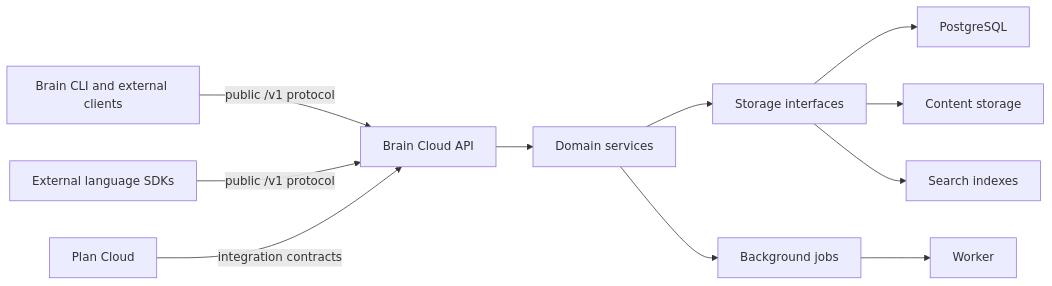
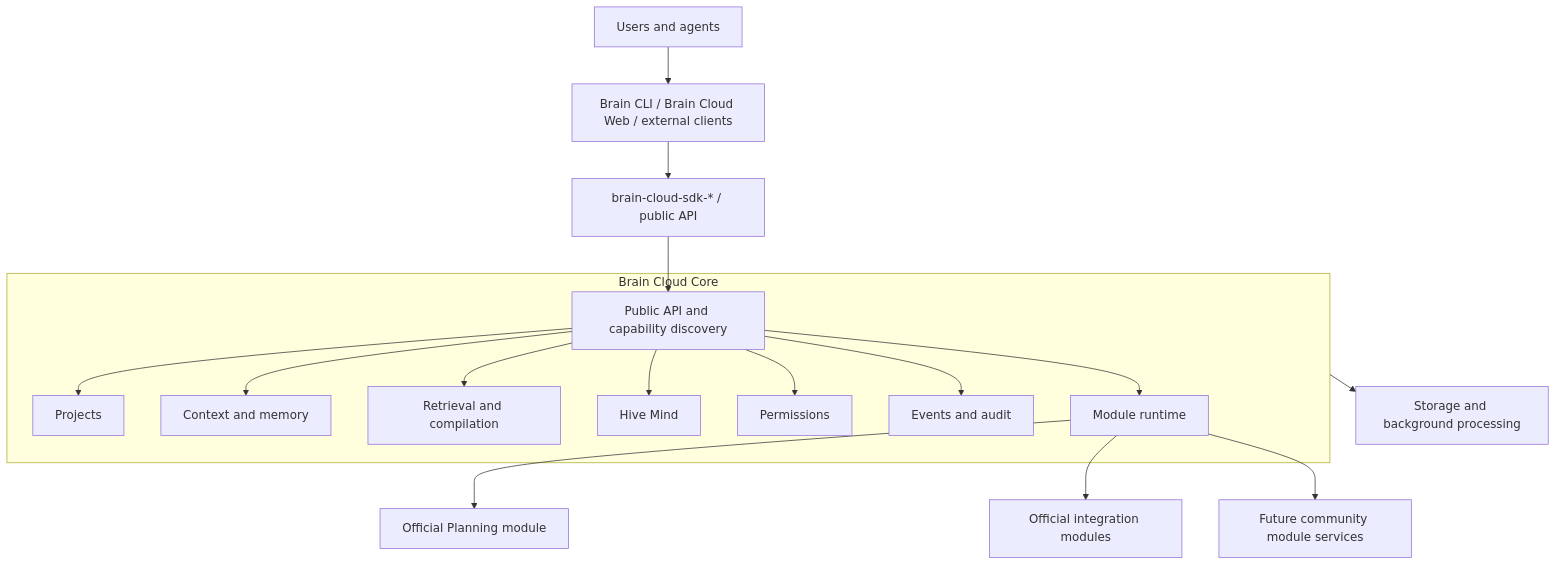
One commit to JimmyMcBride/brain-cloud changed the diagram in docs/architecture.md. Above: the diagram before and after it, drawn with Mermaid. The commit also changed other lines of this file and 109 other files, not shown here.

First line of the commit message:
refactor: adopt Phoenix and optional Brain modules (#1)

````diff
--- a/docs/architecture.md
+++ b/docs/architecture.md
@@ -5,13 +5,29 @@
 ```mermaid
-flowchart LR
-    C["Brain CLI and external clients"] -->|public /v1 protocol| API["Brain Cloud API"]
-    SDK["External language SDKs"] -->|public /v1 protocol| API
-    PC["Plan Cloud"] -->|integration contracts| API
-    API --> D["Domain services"]
-    D --> S["Storage interfaces"]
-    D --> Q["Background jobs"]
-    Q --> W["Worker"]
-    S --> DB["PostgreSQL"]
-    S --> O["Content storage"]
-    S --> I["Search indexes"]
+flowchart TB
+    U["Users and agents"] --> C["Brain CLI / Brain Cloud Web / external clients"]
+    C --> SDK["brain-cloud-sdk-* / public API"]
+
+    subgraph COREBOX["Brain Cloud Core"]
+        G["Public API and capability discovery"]
+        P["Projects"]
+        CTX["Context and memory"]
+        R["Retrieval and compilation"]
+        H["Hive Mind"]
+        IAM["Permissions"]
+        E["Events and audit"]
+        MR["Module runtime"]
+    end
+
+    SDK --> G
+    G --> P
+    G --> CTX
+    G --> R
+    G --> H
+    G --> IAM
+    G --> E
+    G --> MR
+    MR --> OP["Official Planning module"]
+    MR --> OI["Official integration modules"]
+    MR --> CM["Future community module services"]
+    COREBOX --> S["Storage and background processing"]
 ```
````
